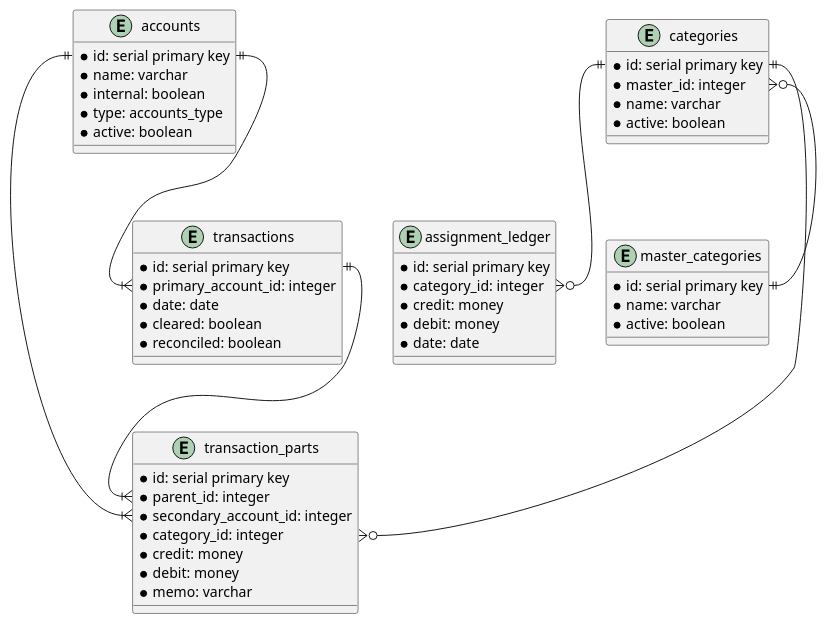
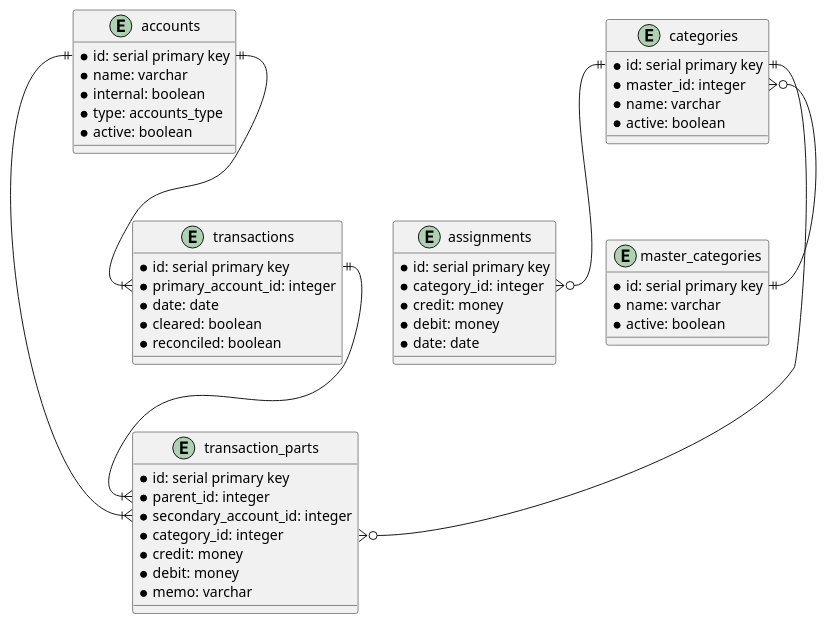
The diagram in documentation/entity_relation.puml (lledargo/zerobased), drawn with PlantUML before and after one commit. The commit also changed 2 other files, not shown here.

```diff
--- a/documentation/entity_relation.puml
+++ b/documentation/entity_relation.puml
@@ -1,60 +1,60 @@
 @startuml zerobased-ERD 
 
 entity "accounts" {
   *id: serial primary key
   *name: varchar
   *internal: boolean
   *type: accounts_type
   *active: boolean
 }
 
 together {
 entity "master_categories" {
   *id: serial primary key
   *name: varchar
   *active: boolean
 }
 
 entity "categories" {
   *id: serial primary key
   *master_id: integer
   *name: varchar
   *active: boolean
 }
 }
 
 together {
 entity "transactions" {
   *id: serial primary key
   *primary_account_id: integer
   *date: date
   *cleared: boolean
   *reconciled: boolean
 }
 
 entity "transaction_parts" {
   *id: serial primary key
   *parent_id: integer
   *secondary_account_id: integer
   *category_id: integer
   *credit: money
   *debit: money
   *memo: varchar
 }
 
-entity "assignment_ledger" {
+entity "assignments" {
   *id: serial primary key
   *category_id: integer
   *credit: money
   *debit: money
   *date: date
 }
 }
 
 accounts::id ||--|{ transactions::primary_account_id
 accounts::id ||--|{ transaction_parts::secondary_account_id
 categories::master }o--|| master_categories::id
 categories::id ||--o{ transaction_parts::category_id
-categories::id ||--o{ assignment_ledger::category_id
+categories::id ||--o{ assignments::category_id
 transactions::id ||--|{ transaction_parts::parent_id
 @enduml
```
